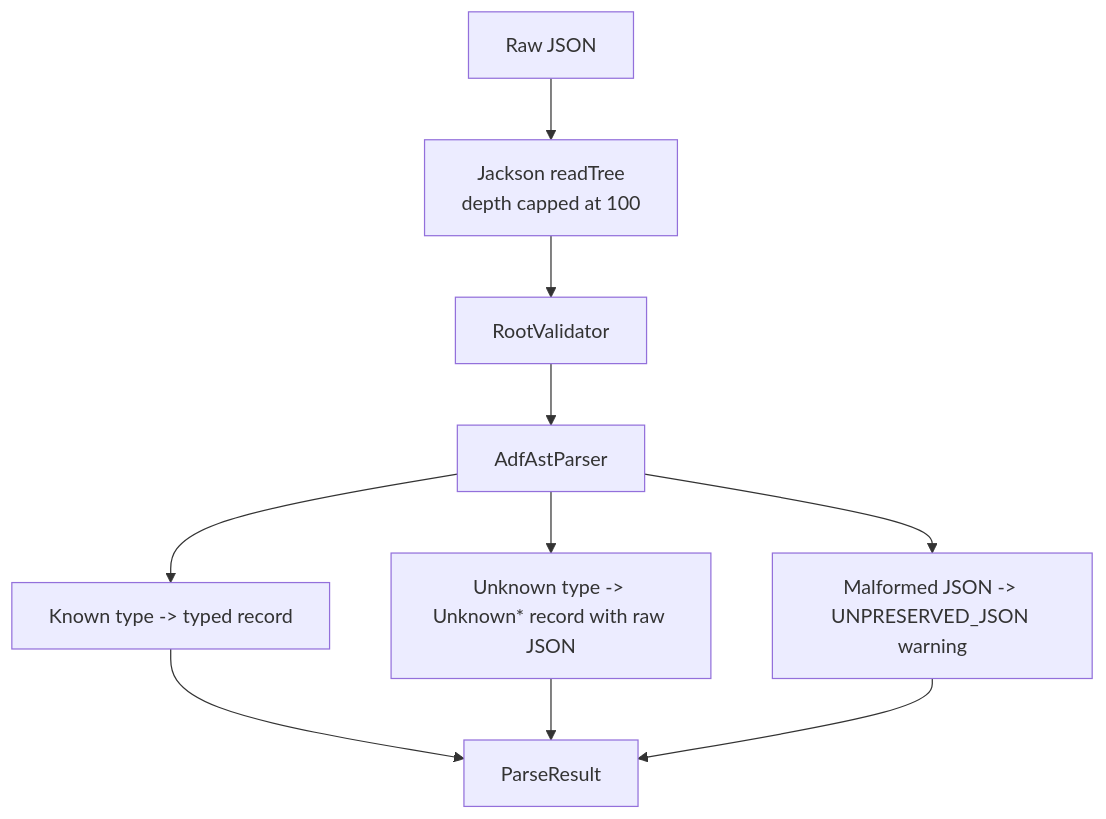
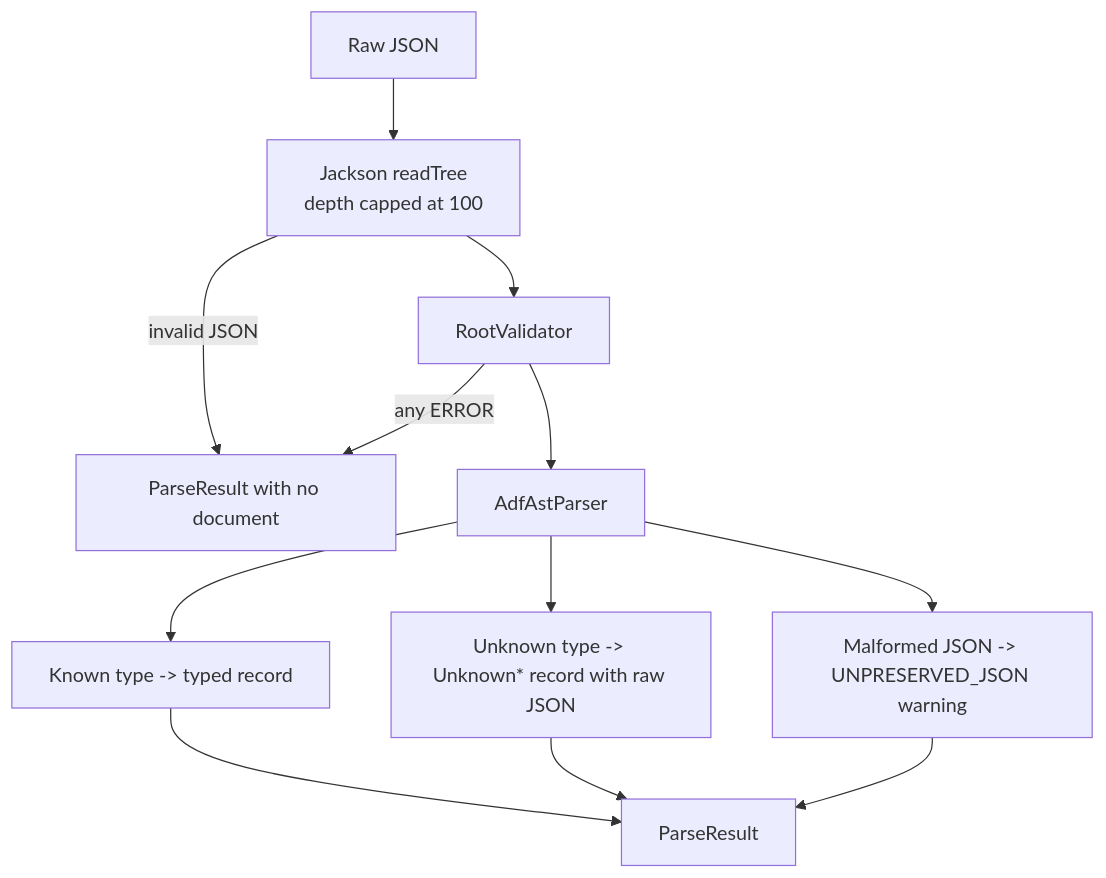
The third of 3 diagrams in docs/architecture.md (thiagogcm/adf4j), drawn with Mermaid before and after one commit. The commit also changed other lines of this file and 196 other files, not shown here.

````diff
--- a/docs/architecture.md
+++ b/docs/architecture.md
@@ -96,12 +100,14 @@
 ```mermaid
 flowchart TB
     raw["Raw JSON"] --> read["Jackson readTree<br/>depth capped at 100"]
     read --> validate["RootValidator"]
+    read -->|invalid JSON| invalid["ParseResult with no document"]
+    validate -->|any ERROR| invalid
     validate --> ast["AdfAstParser"]
     ast --> known["Known type -> typed record"]
     ast --> unknown["Unknown type -> Unknown* record with raw JSON"]
     ast --> unpreserved["Malformed JSON -> UNPRESERVED_JSON warning"]
     known --> result["ParseResult"]
     unknown --> result
     unpreserved --> result
 ```
````
